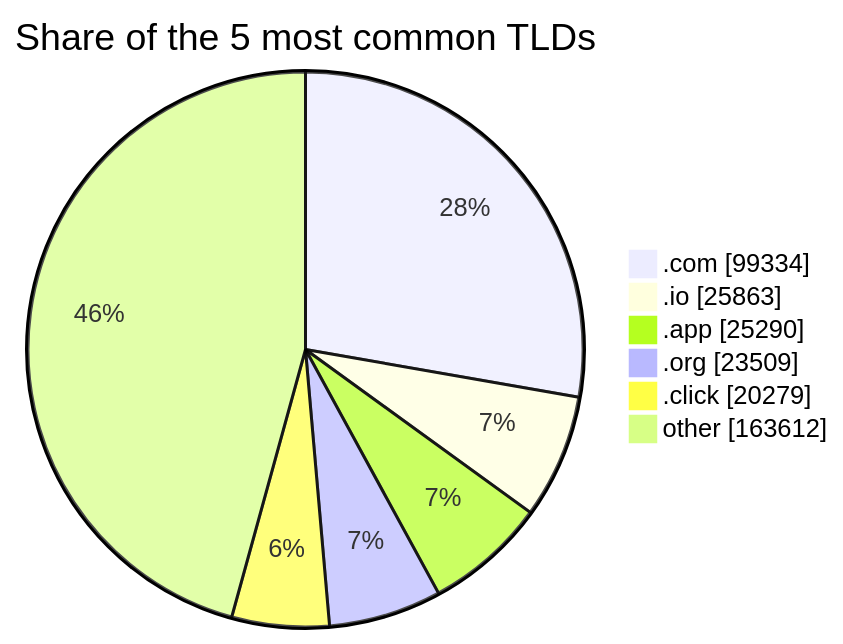
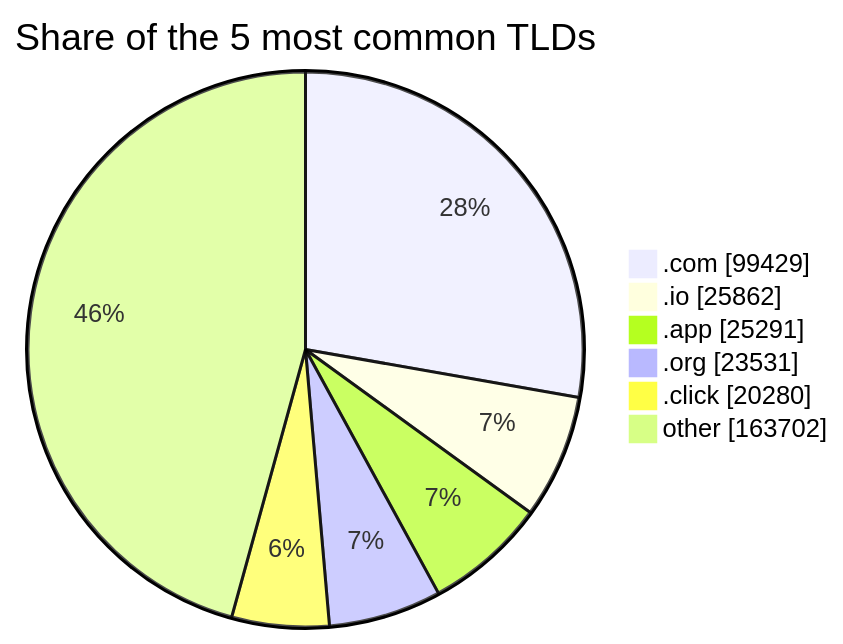
The third of 3 diagrams in README.md (DNSBunker/CTI), drawn with Mermaid before and after one commit. The commit also changed other lines of this file and 3 other files, not shown here.

````diff
--- a/README.md
+++ b/README.md
@@ -81,9 +81,9 @@
 ```mermaid
 pie showData title Share of the 5 most common TLDs
-    ".com" : 99334
-    ".io" : 25863
-    ".app" : 25290
-    ".org" : 23509
-    ".click" : 20279
-    "other" : 163612
+    ".com" : 99429
+    ".io" : 25862
+    ".app" : 25291
+    ".org" : 23531
+    ".click" : 20280
+    "other" : 163702
 ```
````
